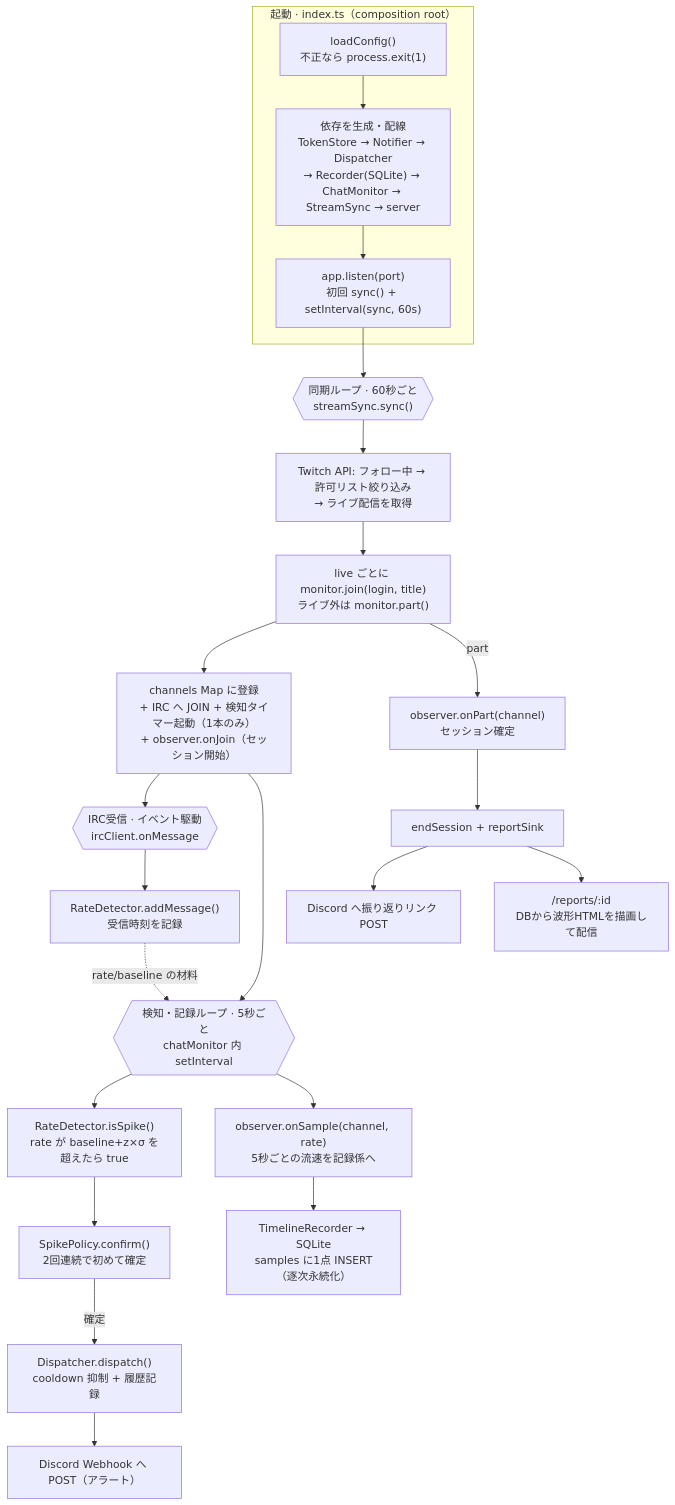
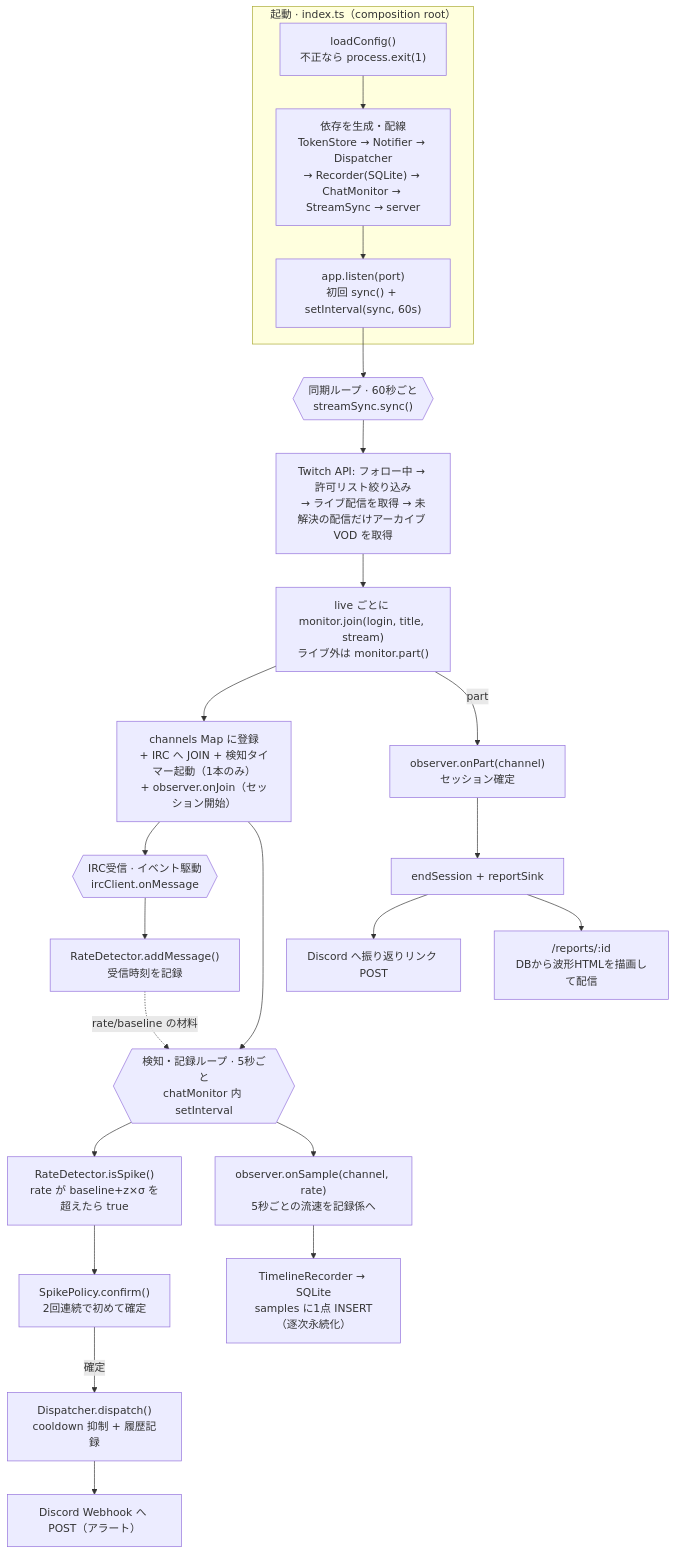
The first of 2 diagrams in docs/architecture.md (endomasayaendo/chatgust), drawn with Mermaid before and after one commit. The commit also changed other lines of this file and 21 other files, not shown here.

````diff
--- a/docs/architecture.md
+++ b/docs/architecture.md
@@ -15,32 +15,32 @@
 ```mermaid
 flowchart TD
     subgraph boot["起動 · index.ts（composition root）"]
         A["loadConfig()<br/>不正なら process.exit(1)"] --> B["依存を生成・配線<br/>TokenStore → Notifier → Dispatcher<br/>→ Recorder(SQLite) → ChatMonitor → StreamSync → server"]
         B --> C["app.listen(port)<br/>初回 sync() + setInterval(sync, 60s)"]
     end
 
     C --> D{{"同期ループ · 60秒ごと<br/>streamSync.sync()"}}
-    D --> E["Twitch API: フォロー中 → 許可リスト絞り込み<br/>→ ライブ配信を取得"]
-    E --> F["live ごとに monitor.join(login, title)<br/>ライブ外は monitor.part()"]
+    D --> E["Twitch API: フォロー中 → 許可リスト絞り込み<br/>→ ライブ配信を取得 → 未解決の配信だけアーカイブ VOD を取得"]
+    E --> F["live ごとに monitor.join(login, title, stream)<br/>ライブ外は monitor.part()"]
 
     F --> G["channels Map に登録<br/>+ IRC へ JOIN + 検知タイマー起動（1本のみ）<br/>+ observer.onJoin（セッション開始）"]
 
     G --> H{{"IRC受信 · イベント駆動<br/>ircClient.onMessage"}}
     H --> I["RateDetector.addMessage()<br/>受信時刻を記録"]
 
     G --> J{{"検知・記録ループ · 5秒ごと<br/>chatMonitor 内 setInterval"}}
     I -. rate/baseline の材料 .-> J
 
     J --> K["RateDetector.isSpike()<br/>rate が baseline+z×σ を超えたら true"]
     K --> L["SpikePolicy.confirm()<br/>2回連続で初めて確定"]
     L -->|確定| M["Dispatcher.dispatch()<br/>cooldown 抑制 + 履歴記録"]
     M --> N["Discord Webhook へ POST（アラート）"]
 
     J --> R["observer.onSample(channel, rate)<br/>5秒ごとの流速を記録係へ"]
     R --> S["TimelineRecorder → SQLite<br/>samples に1点 INSERT（逐次永続化）"]
 
     F -->|part| P["observer.onPart(channel)<br/>セッション確定"]
     P --> Q["endSession + reportSink"]
     Q --> T["Discord へ振り返りリンク POST"]
     Q --> U["/reports/:id<br/>DBから波形HTMLを描画して配信"]
 ```
````
